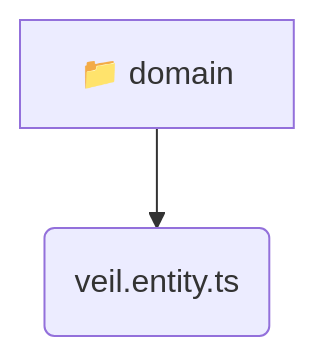
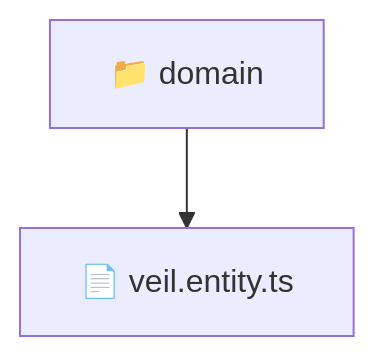
One commit to beginwebdev2002/fullstack-mavluda changed the diagram in backend/src/modules/veil/domain/README.md. Above: the diagram before and after it, drawn with Mermaid. The commit also changed other lines of this file and 163 other files, not shown here.

````diff
--- a/backend/src/modules/veil/domain/README.md
+++ b/backend/src/modules/veil/domain/README.md
@@ -9,5 +10,5 @@
 ```mermaid
 graph TD
-  domain[📁 domain]
-  domain --> domain_veil_entity_ts(veil.entity.ts)
+  Root["📁 domain"]
+  Root --> veilentityts["📄 veil.entity.ts"]
 ```
````
